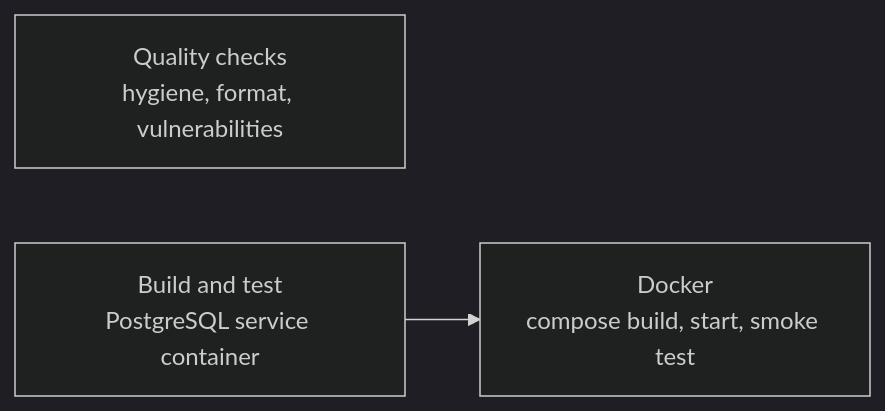
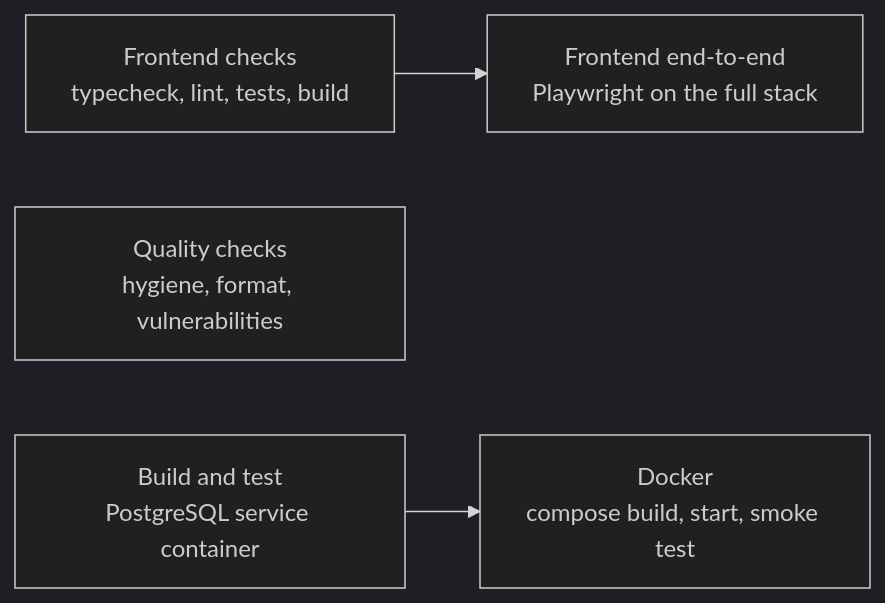
Before and after one commit to sazzad-hossain-shafin/vehicle-rental-management-system: the third of 3 diagrams in docs/architecture/overview.md, drawn with Mermaid (dark theme). The commit also changed other lines of this file and 106 other files, not shown here.

````diff
--- a/docs/architecture/overview.md
+++ b/docs/architecture/overview.md
@@ -41,5 +45,6 @@
 ```mermaid
 flowchart LR
+    F["Frontend checks<br/>typecheck, lint, tests, build"] --> E["Frontend end-to-end<br/>Playwright on the full stack"]
     Q["Quality checks<br/>hygiene, format, vulnerabilities"]
     B["Build and test<br/>PostgreSQL service container"] --> D["Docker<br/>compose build, start, smoke test"]
 ```
````
